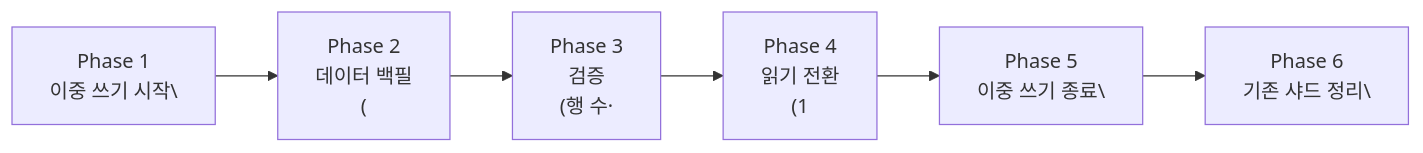
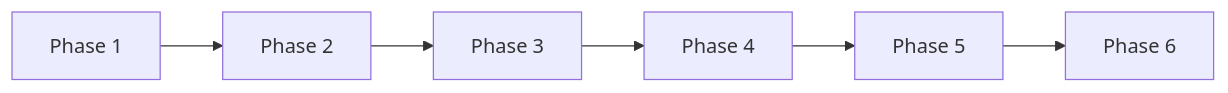
One commit to yjkim2015/yjkim2015.github.io changed diagram 13 of 13 in _posts/db/2026-05-01-db-sharding.md. Above: the diagram before and after it, drawn with Mermaid. The commit also changed other lines of this file and 217 other files, not shown here.

First line of the commit message:
Mermaid 크기 수정: useMaxWidth:true + SVG max-width:100% + 라벨 축소

````diff
--- a/_posts/db/2026-05-01-db-sharding.md
+++ b/_posts/db/2026-05-01-db-sharding.md
@@ -670,8 +670,8 @@
 ```mermaid
 graph LR
-    P1["Phase 1\n이중 쓰기 시작\"] --> P2["Phase 2\n데이터 백필\n("]
-    P2 --> P3["Phase 3\n검증\n(행 수·"]
-    P3 --> P4["Phase 4\n읽기 전환\n(1"]
-    P4 --> P5["Phase 5\n이중 쓰기 종료\"]
-    P5 --> P6["Phase 6\n기존 샤드 정리\"]
+    P1["Phase 1"] --> P2["Phase 2"]
+    P2 --> P3["Phase 3"]
+    P3 --> P4["Phase 4"]
+    P4 --> P5["Phase 5"]
+    P5 --> P6["Phase 6"]
 ```
````
